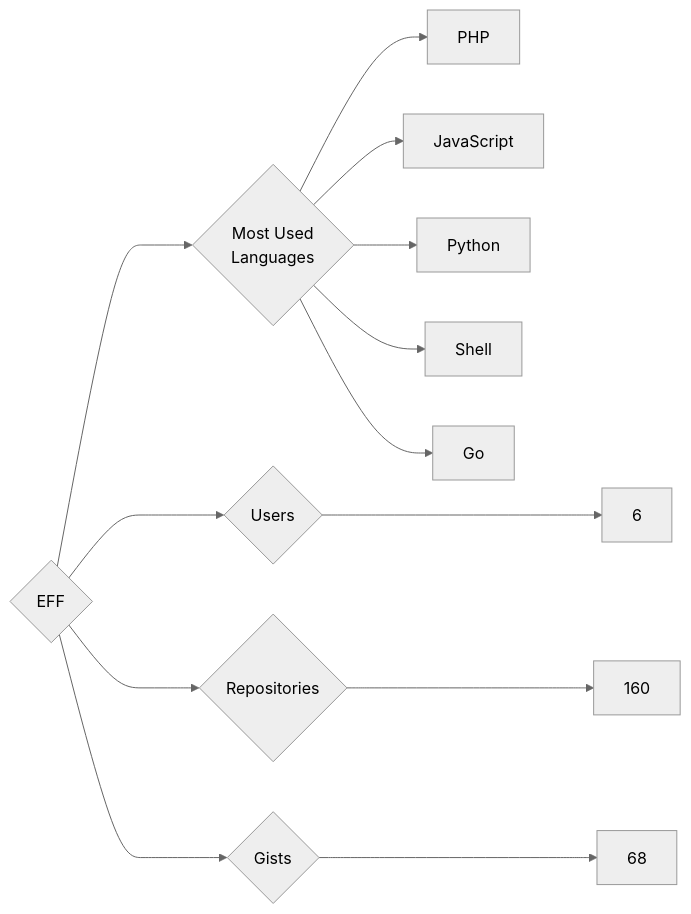
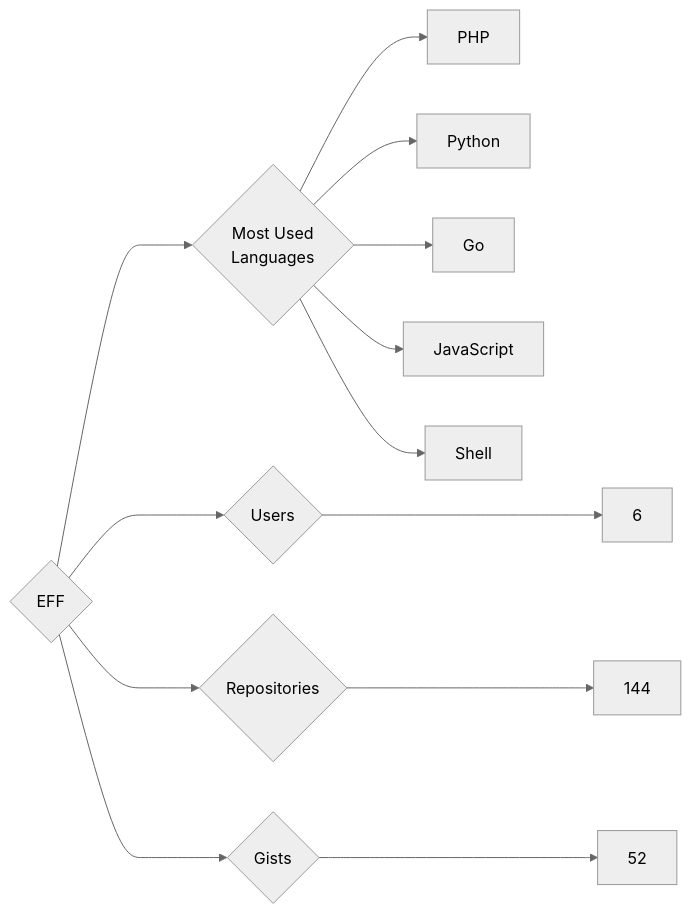
One commit to trickest/insiders changed the diagram in targets/EFF/README.md. Above: the diagram before and after it, drawn with Mermaid (neutral theme). The commit also changed 859 other files, not shown here.

````diff
--- a/targets/EFF/README.md
+++ b/targets/EFF/README.md
@@ -3,13 +3,13 @@
 ```mermaid
 graph LR
 COMPANY_NAME{EFF}
 COMPANY_NAME ---> U{Users} ---> UN[6]
-COMPANY_NAME ---> R{Repositories} ---> RN[160]
-COMPANY_NAME ---> G{Gists} ---> GN[68]
+COMPANY_NAME ---> R{Repositories} ---> RN[144]
+COMPANY_NAME ---> G{Gists} ---> GN[52]
 COMPANY_NAME ---> ML{Most Used<br>Languages}
 ML --> PHP[PHP]
+ML --> Python[Python]
+ML --> Go[Go]
 ML --> JavaScript[JavaScript]
-ML --> Python[Python]
 ML --> Shell[Shell]
-ML --> Go[Go]
 ```
````
